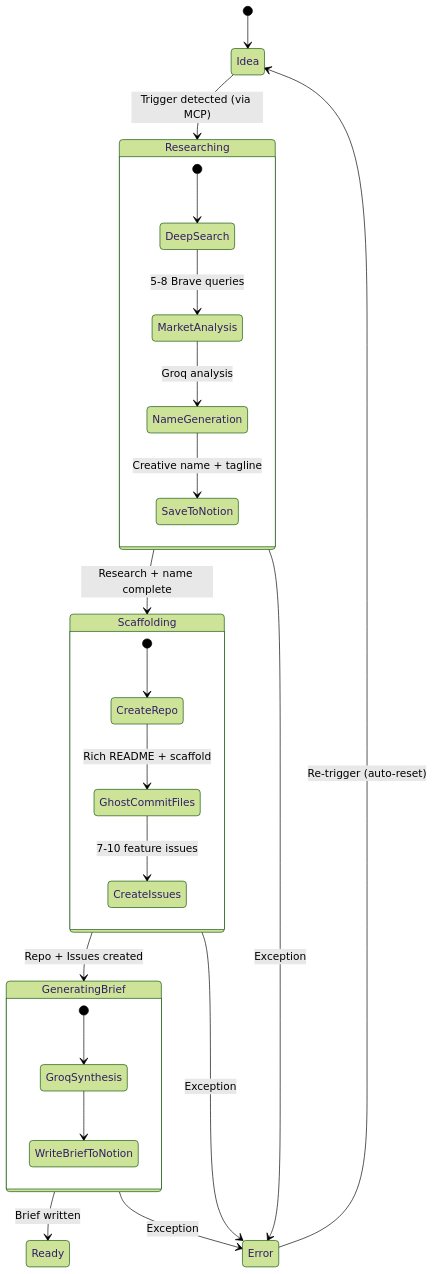
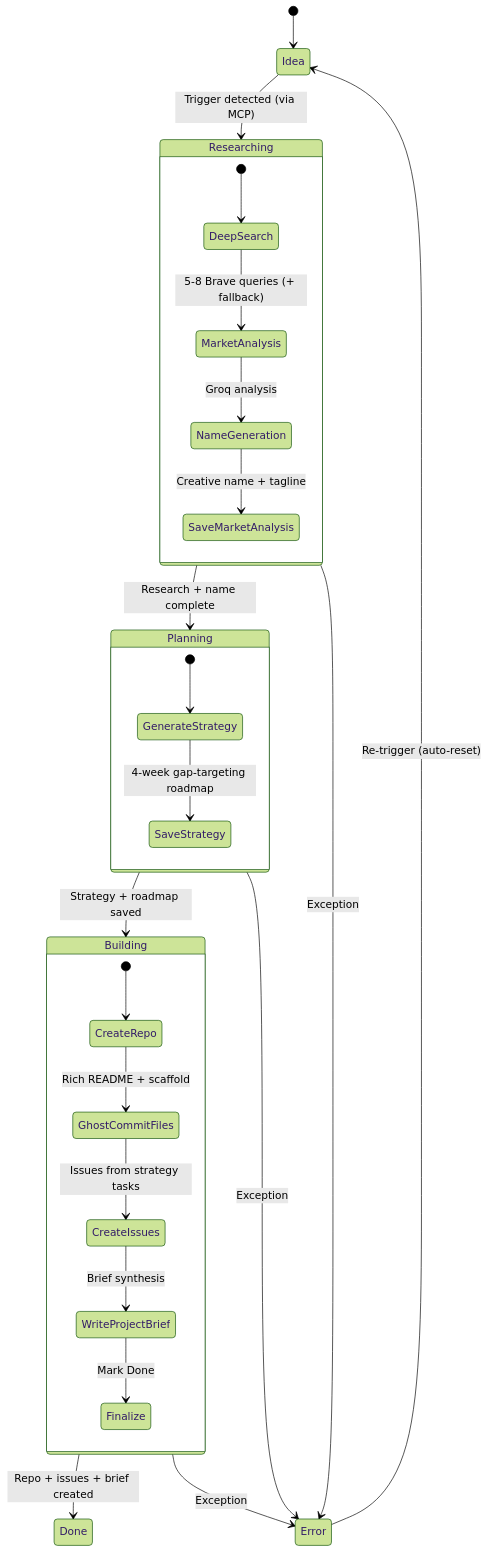
One commit to Abeera81/zerotorepo changed the third of 6 diagrams in TechDesign-ZeroToRepo-MVP.md. Above: the diagram before and after it, drawn with Mermaid (forest theme). The commit also changed other lines of this file, not shown here.

````diff
--- a/TechDesign-ZeroToRepo-MVP.md
+++ b/TechDesign-ZeroToRepo-MVP.md
@@ -153,32 +185,34 @@
 ```mermaid
 stateDiagram-v2
     [*] --> Idea
     Idea --> Researching: Trigger detected (via MCP)
-    Researching --> Scaffolding: Research + name complete
-    Scaffolding --> GeneratingBrief: Repo + Issues created
-    GeneratingBrief --> Ready: Brief written
+    Researching --> Planning: Research + name complete
+    Planning --> Building: Strategy + roadmap saved
+    Building --> Done: Repo + issues + brief created
 
     Researching --> Error: Exception
-    Scaffolding --> Error: Exception
-    GeneratingBrief --> Error: Exception
+    Planning --> Error: Exception
+    Building --> Error: Exception
 
     Error --> Idea: Re-trigger (auto-reset)
 
     state Researching {
         [*] --> DeepSearch
-        DeepSearch --> MarketAnalysis: 5-8 Brave queries
+        DeepSearch --> MarketAnalysis: 5-8 Brave queries (+ fallback)
         MarketAnalysis --> NameGeneration: Groq analysis
-        NameGeneration --> SaveToNotion: Creative name + tagline
+        NameGeneration --> SaveMarketAnalysis: Creative name + tagline
     }
 
-    state Scaffolding {
+    state Planning {
+        [*] --> GenerateStrategy
+        GenerateStrategy --> SaveStrategy: 4-week gap-targeting roadmap
+    }
+
+    state Building {
         [*] --> CreateRepo
         CreateRepo --> GhostCommitFiles: Rich README + scaffold
-        GhostCommitFiles --> CreateIssues: 7-10 feature issues
-    }
-
-    state GeneratingBrief {
-        [*] --> GroqSynthesis
-        GroqSynthesis --> WriteBriefToNotion
+        GhostCommitFiles --> CreateIssues: Issues from strategy tasks
+        CreateIssues --> WriteProjectBrief: Brief synthesis
+        WriteProjectBrief --> Finalize: Mark Done
     }
 ```
````
